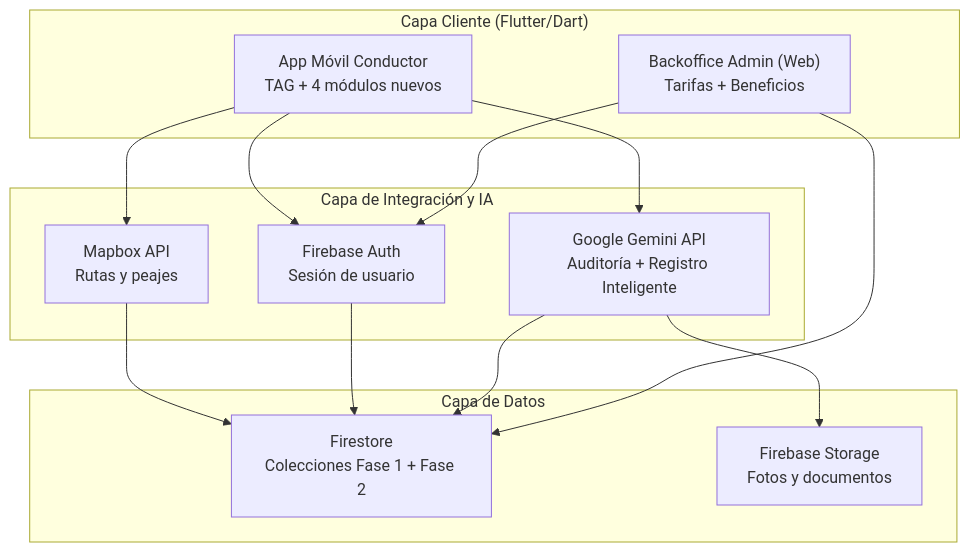
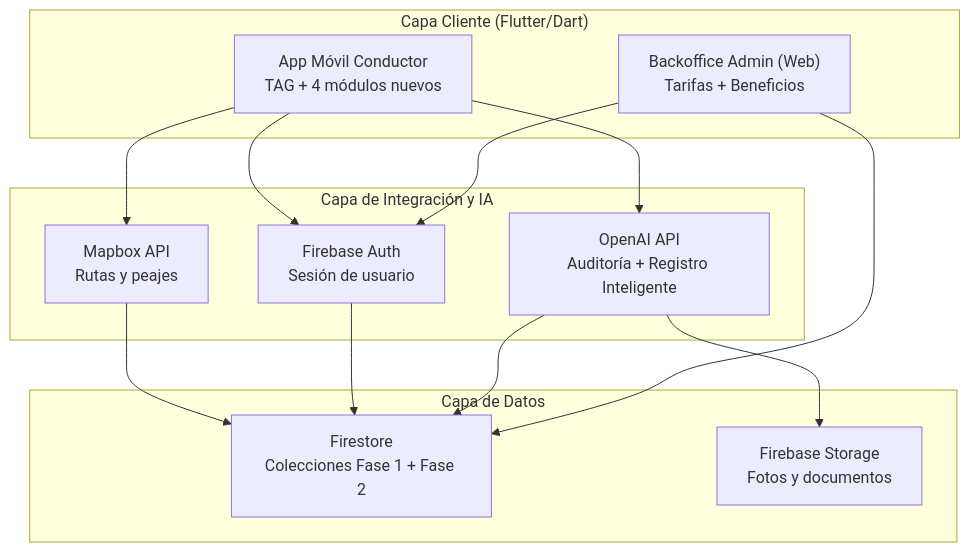
Before and after one commit to JazminHerrera2/CAPSTOM_EC_DM_AC: the diagram in README.md, drawn with Mermaid. The commit also changed other lines of this file and 22 other files, not shown here.

First line of the commit message:
feat: reemplazar Gemini por OpenAI y mejorar la precision de la lectura por IA

````diff
--- a/README.md
+++ b/README.md
@@ -79,26 +79,26 @@
 ```mermaid
 graph TD
     subgraph Cliente ["Capa Cliente (Flutter/Dart)"]
         App["App Móvil Conductor<br/>TAG + 4 módulos nuevos"]
         Admin["Backoffice Admin (Web)<br/>Tarifas + Beneficios"]
     end
     subgraph Integracion ["Capa de Integración y IA"]
         Mapbox["Mapbox API<br/>Rutas y peajes"]
         Auth["Firebase Auth<br/>Sesión de usuario"]
-        Gemini["Google Gemini API<br/>Auditoría + Registro Inteligente"]
+        OpenAI["OpenAI API<br/>Auditoría + Registro Inteligente"]
     end
     subgraph Datos ["Capa de Datos"]
         Firestore["Firestore<br/>Colecciones Fase 1 + Fase 2"]
         Storage["Firebase Storage<br/>Fotos y documentos"]
     end
 
     App --> Mapbox
     App --> Auth
-    App --> Gemini
+    App --> OpenAI
     Admin --> Auth
     Mapbox --> Firestore
     Auth --> Firestore
-    Gemini --> Firestore
-    Gemini --> Storage
+    OpenAI --> Firestore
+    OpenAI --> Storage
     Admin --> Firestore
 ```
````
